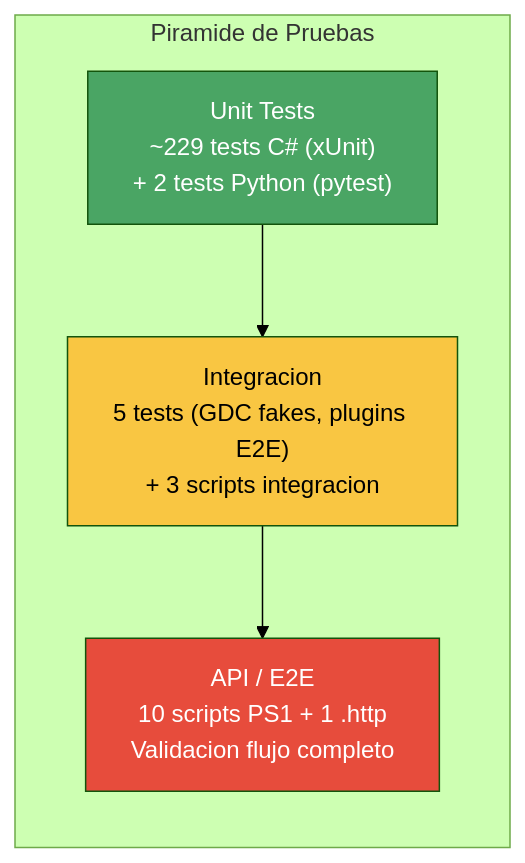
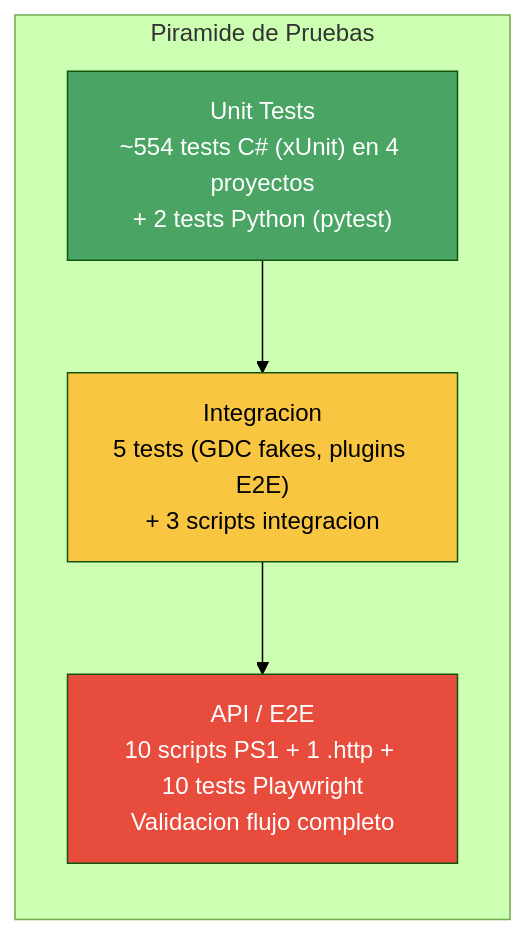
One commit to nvcrisologo02/AI-DocClassExt changed the first of 2 diagrams in docs/06_PLAN_PRUEBAS.md. Above: the diagram before and after it, drawn with Mermaid (forest theme). The commit also changed other lines of this file and 6 other files, not shown here.

````diff
--- a/docs/06_PLAN_PRUEBAS.md
+++ b/docs/06_PLAN_PRUEBAS.md
@@ -12,14 +12,14 @@
 ```mermaid
 graph TB
     subgraph Piramide["Piramide de Pruebas"]
         direction TB
-        E2E["API / E2E<br/>10 scripts PS1 + 1 .http<br/>Validacion flujo completo"]
+        E2E["API / E2E<br/>10 scripts PS1 + 1 .http + 10 tests Playwright<br/>Validacion flujo completo"]
         INT["Integracion<br/>5 tests (GDC fakes, plugins E2E)<br/>+ 3 scripts integracion"]
-        UNIT["Unit Tests<br/>~229 tests C# (xUnit)<br/>+ 2 tests Python (pytest)"]
+        UNIT["Unit Tests<br/>~554 tests C# (xUnit) en 4 proyectos<br/>+ 2 tests Python (pytest)"]
     end
     UNIT --> INT --> E2E
 
     style UNIT fill:#4aa564,color:white
     style INT fill:#f9c642,color:black
     style E2E fill:#e74c3c,color:white
 ```
````
